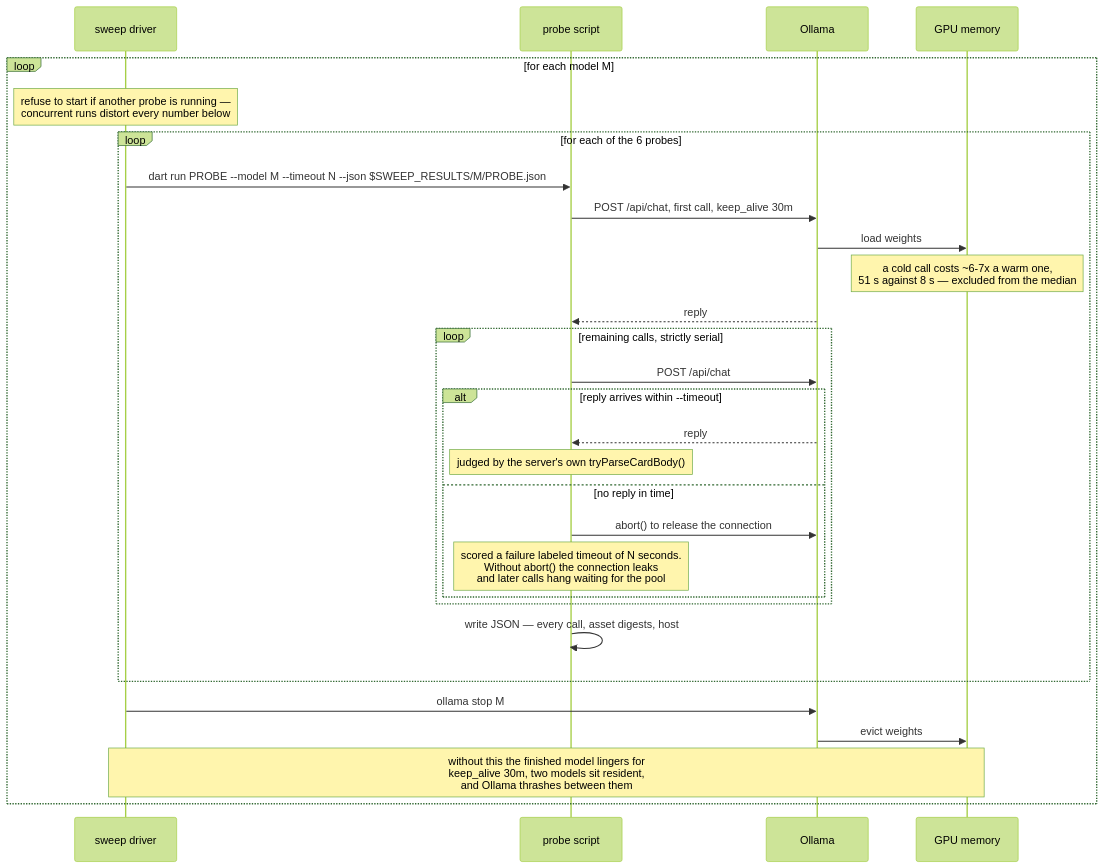
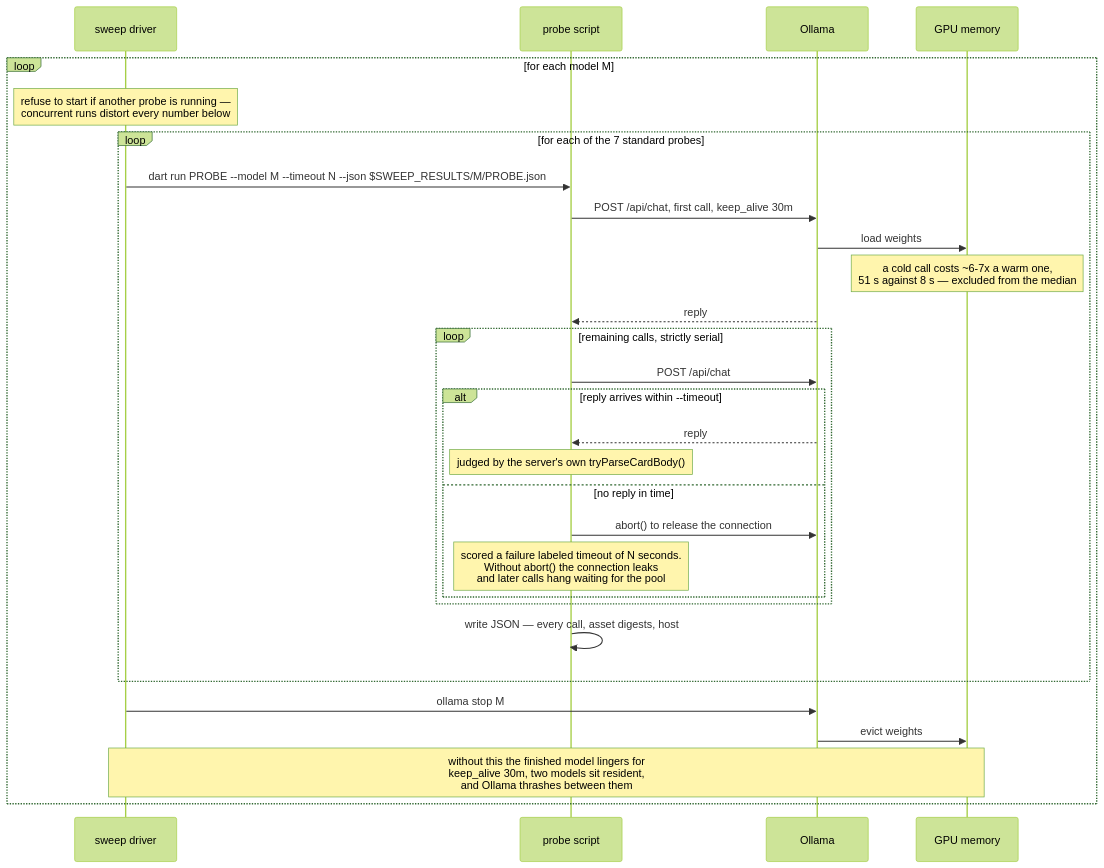
The diagram in adaptive_chat_server_dart/ModelBehavior.md (freemansoft/Flutter-AdaptiveCards), drawn with Mermaid (forest theme) before and after one commit. The commit also changed other lines of this file and 1 other file, not shown here.

````diff
--- a/adaptive_chat_server_dart/ModelBehavior.md
+++ b/adaptive_chat_server_dart/ModelBehavior.md
@@ -813,32 +832,32 @@
 ```mermaid
 sequenceDiagram
   participant D as sweep driver
   participant P as probe script
   participant O as Ollama
   participant V as GPU memory
 
   loop for each model M
     Note over D: refuse to start if another probe is running —<br/>concurrent runs distort every number below
-    loop for each of the 6 probes
+    loop for each of the 7 standard probes
       D->>P: dart run PROBE --model M --timeout N --json $SWEEP_RESULTS/M/PROBE.json
       P->>O: POST /api/chat, first call, keep_alive 30m
       O->>V: load weights
       Note over V: a cold call costs ~6-7x a warm one,<br/>51 s against 8 s — excluded from the median
       O-->>P: reply
       loop remaining calls, strictly serial
         P->>O: POST /api/chat
         alt reply arrives within --timeout
           O-->>P: reply
           Note over P: judged by the server's own tryParseCardBody()
         else no reply in time
           P->>O: abort() to release the connection
           Note over P: scored a failure labeled timeout of N seconds.<br/>Without abort() the connection leaks<br/>and later calls hang waiting for the pool
         end
       end
       P->>P: write JSON — every call, asset digests, host
     end
     D->>O: ollama stop M
     O->>V: evict weights
     Note over D,V: without this the finished model lingers for<br/>keep_alive 30m, two models sit resident,<br/>and Ollama thrashes between them
   end
 ```
````
